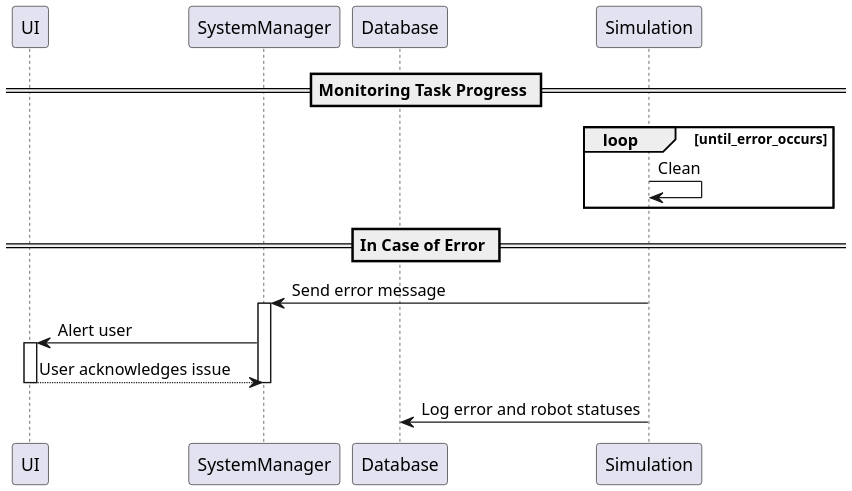
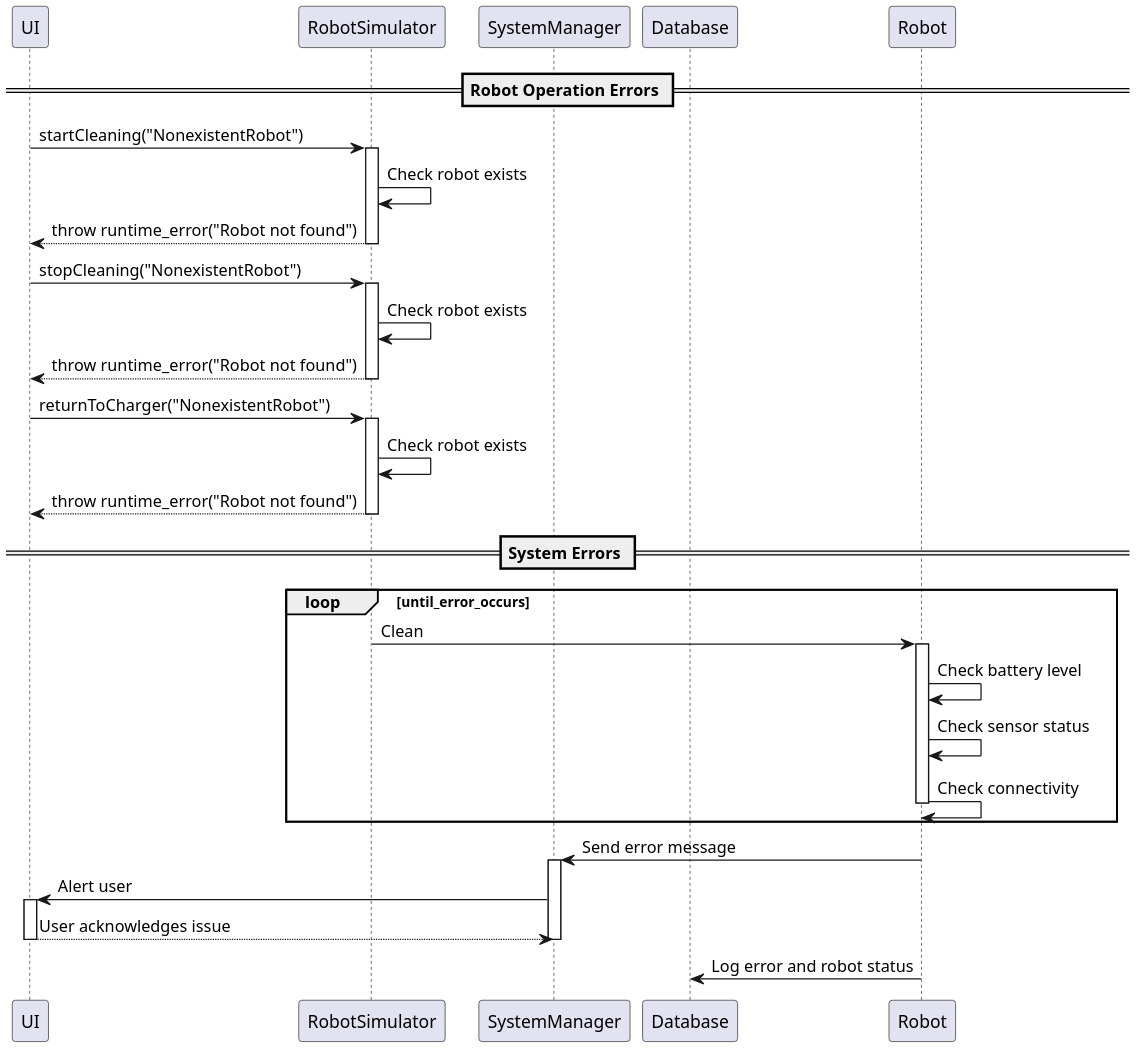
The diagram in docs/design/SequenceDiagrams/SequenceDiagram_ErrorHandling.puml (ur-swe-fa24/main-project-winners-inc), drawn with PlantUML before and after one commit. The commit also changed 19 other files, not shown here.

First line of the commit message:
docs: Update UML diagrams

```diff
--- a/docs/design/SequenceDiagrams/SequenceDiagram_ErrorHandling.puml
+++ b/docs/design/SequenceDiagrams/SequenceDiagram_ErrorHandling.puml
@@ -1,32 +1,56 @@
-@startuml SendingAlerts
+@startuml ErrorHandling
 skinparam dpi 200
 skinparam DefaultFontName Inconsolata
 
 ' Declare participants 
 participant UI
+participant RobotSimulator
 participant SystemManager
 participant Database
-participant Simulation
+participant Robot
 
-== Monitoring Task Progress ==
+== Robot Operation Errors ==
 
-' Loop continuously checking the status of the clean (active, not active)
+' Robot not found error handling
+UI -> RobotSimulator : startCleaning("NonexistentRobot")
+activate RobotSimulator
+RobotSimulator -> RobotSimulator : Check robot exists
+RobotSimulator --> UI : throw runtime_error("Robot not found")
+deactivate RobotSimulator
+
+UI -> RobotSimulator : stopCleaning("NonexistentRobot")
+activate RobotSimulator
+RobotSimulator -> RobotSimulator : Check robot exists
+RobotSimulator --> UI : throw runtime_error("Robot not found")
+deactivate RobotSimulator
+
+UI -> RobotSimulator : returnToCharger("NonexistentRobot")
+activate RobotSimulator
+RobotSimulator -> RobotSimulator : Check robot exists
+RobotSimulator --> UI : throw runtime_error("Robot not found")
+deactivate RobotSimulator
+
+== System Errors ==
+
+' Loop continuously checking the status of the clean
 loop until_error_occurs
-    Simulation -> Simulation: Clean
+    RobotSimulator -> Robot : Clean
+    activate Robot
+    Robot -> Robot : Check battery level
+    Robot -> Robot : Check sensor status
+    Robot -> Robot : Check connectivity
+    deactivate Robot
 end
 
-== In Case of Error ==
-
 ' Error is handled by pausing robot, alerting user, and logging error/statuses in database
-Simulation -> SystemManager : Send error message
+Robot -> SystemManager : Send error message
 activate SystemManager
 SystemManager -> UI : Alert user
 activate UI
 return User acknowledges issue
 deactivate UI
 deactivate SystemManager
 
-Simulation -> Database : Log error and robot statuses
-
+Robot -> Database : Log error and robot status
 
 @enduml
```
